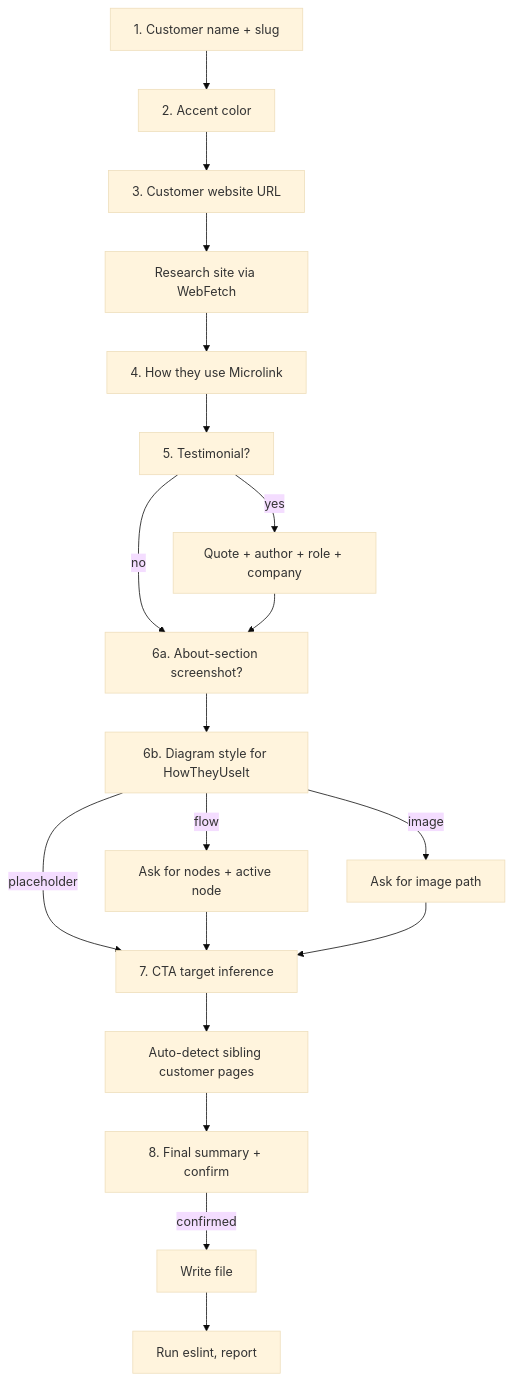
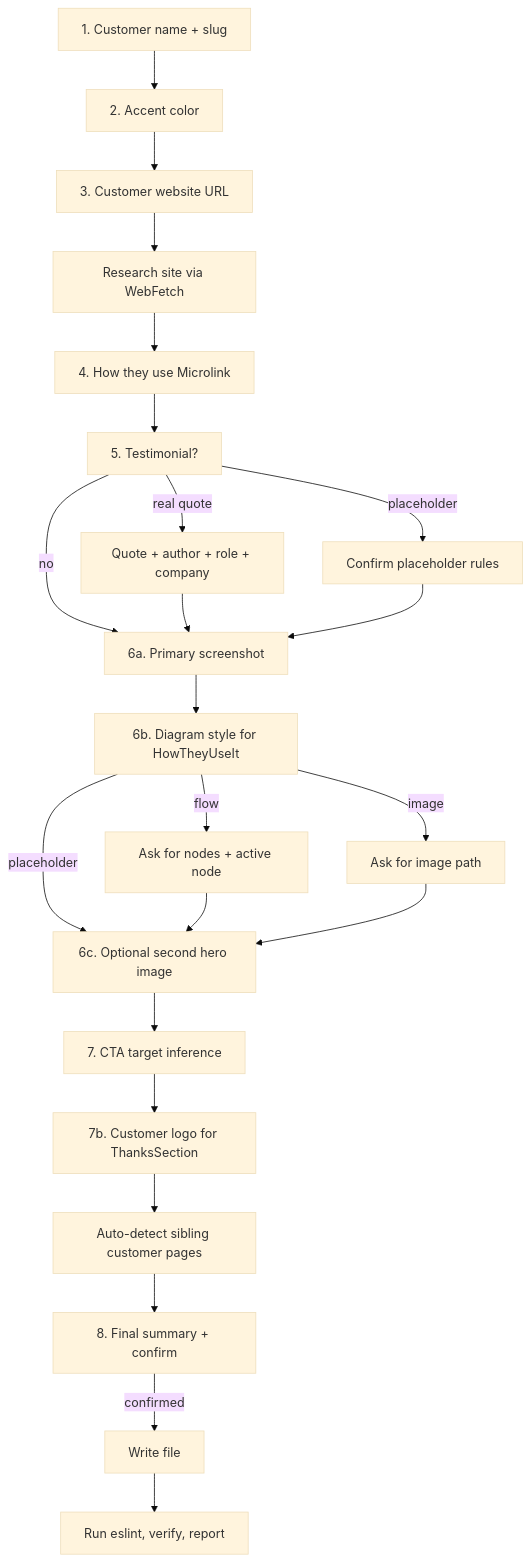
Before and after one commit to microlinkhq/www: the diagram in .cursor/skills/customer-story/SKILL.md, drawn with Mermaid (base theme). The commit also changed other lines of this file and 5 other files, not shown here.

````diff
--- a/.cursor/skills/customer-story/SKILL.md
+++ b/.cursor/skills/customer-story/SKILL.md
@@ -49,21 +100,25 @@
 ```mermaid
 flowchart TD
     Q1[1. Customer name + slug] --> Q2[2. Accent color]
     Q2 --> Q3[3. Customer website URL]
     Q3 --> R1["Research site via WebFetch"]
     R1 --> Q4[4. How they use Microlink]
     Q4 --> Q5["5. Testimonial?"]
-    Q5 -->|yes| Q5b[Quote + author + role + company]
+    Q5 -->|real quote| Q5a[Quote + author + role + company]
+    Q5 -->|placeholder| Q5b[Confirm placeholder rules]
     Q5 -->|no| Q6
-    Q5b --> Q6[6a. About-section screenshot?]
-    Q6 --> Q6b[6b. Diagram style for HowTheyUseIt]
+    Q5a --> Q6
+    Q5b --> Q6
+    Q6[6a. Primary screenshot] --> Q6b[6b. Diagram style for HowTheyUseIt]
     Q6b -->|flow| Q6c[Ask for nodes + active node]
     Q6b -->|image| Q6d[Ask for image path]
-    Q6b -->|placeholder| Q7
-    Q6c --> Q7[7. CTA target inference]
-    Q6d --> Q7
-    Q7 --> R2[Auto-detect sibling customer pages]
+    Q6b -->|placeholder| Q6e
+    Q6c --> Q6e[6c. Optional second hero image]
+    Q6d --> Q6e
+    Q6e --> Q7[7. CTA target inference]
+    Q7 --> Q7b[7b. Customer logo for ThanksSection]
+    Q7b --> R2[Auto-detect sibling customer pages]
     R2 --> Q8[8. Final summary + confirm]
     Q8 -->|confirmed| W[Write file]
-    W --> V[Run eslint, report]
+    W --> V[Run eslint, verify, report]
 ```
````
